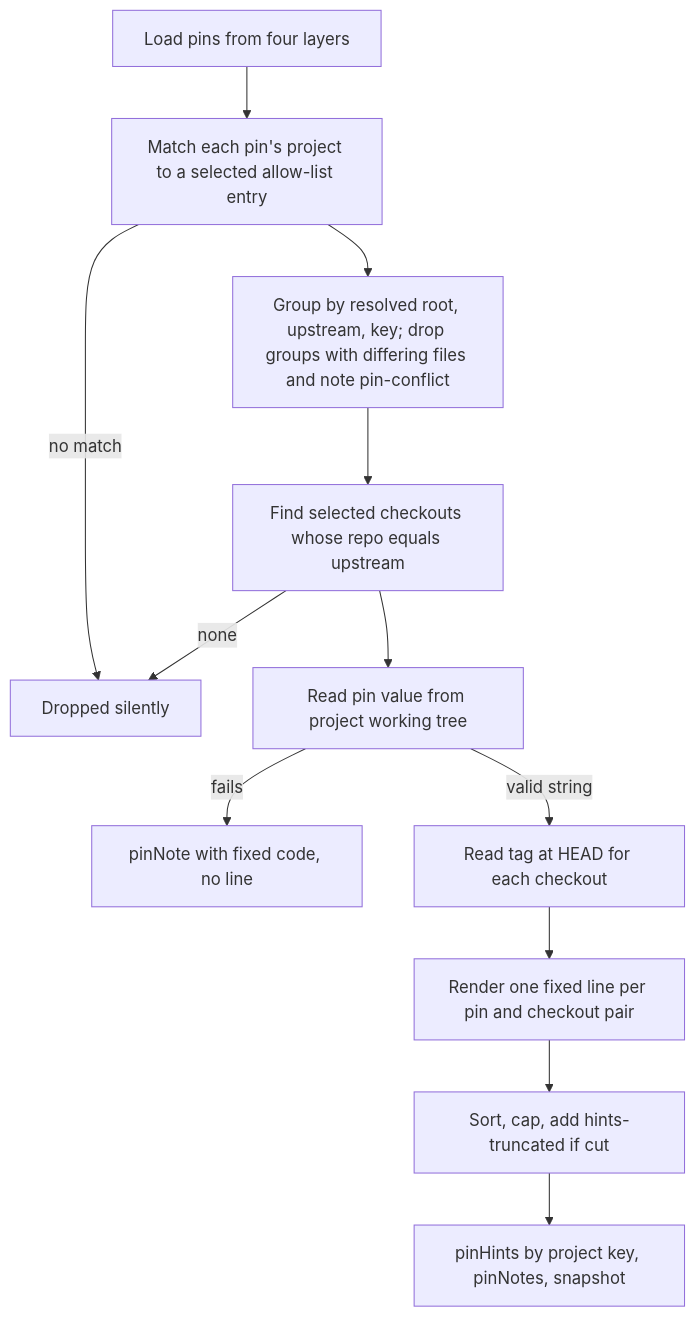
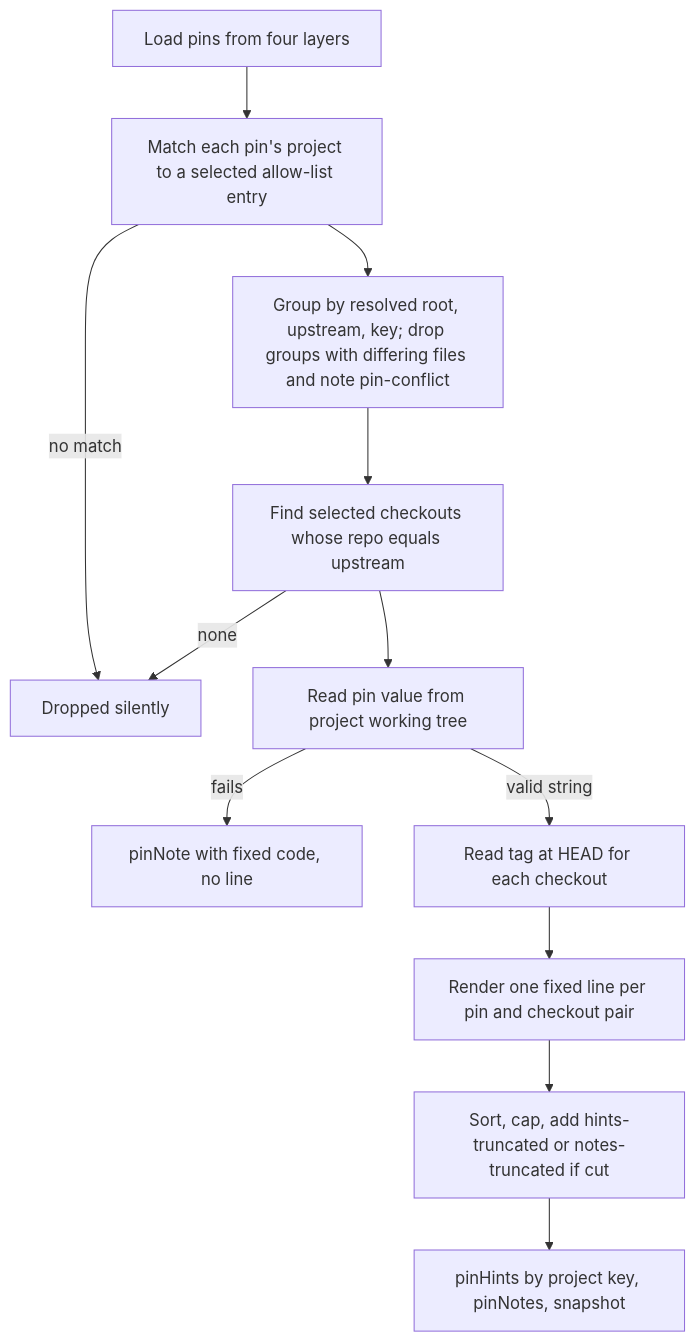
The diagram in docs/plans/2026-11-20-002-feat-connect-dependency-pins-plan.md (marcusrbrown/systematic), drawn with Mermaid before and after one commit. The commit also changed other lines of this file and 15 other files, not shown here.

````diff
--- a/docs/plans/2026-11-20-002-feat-connect-dependency-pins-plan.md
+++ b/docs/plans/2026-11-20-002-feat-connect-dependency-pins-plan.md
@@ -220,14 +220,14 @@
 ```mermaid
 flowchart TB
   A[Load pins from four layers] --> B[Match each pin's project to a selected allow-list entry]
   B -->|no match| S[Dropped silently]
   B --> C[Group by resolved root, upstream, key; drop groups with differing files and note pin-conflict]
   C --> D[Find selected checkouts whose repo equals upstream]
   D -->|none| S
   D --> E[Read pin value from project working tree]
   E -->|fails| N[pinNote with fixed code, no line]
   E -->|valid string| F[Read tag at HEAD for each checkout]
   F --> G[Render one fixed line per pin and checkout pair]
-  G --> H[Sort, cap, add hints-truncated if cut]
+  G --> H[Sort, cap, add hints-truncated or notes-truncated if cut]
   H --> I[pinHints by project key, pinNotes, snapshot]
 ```
````
